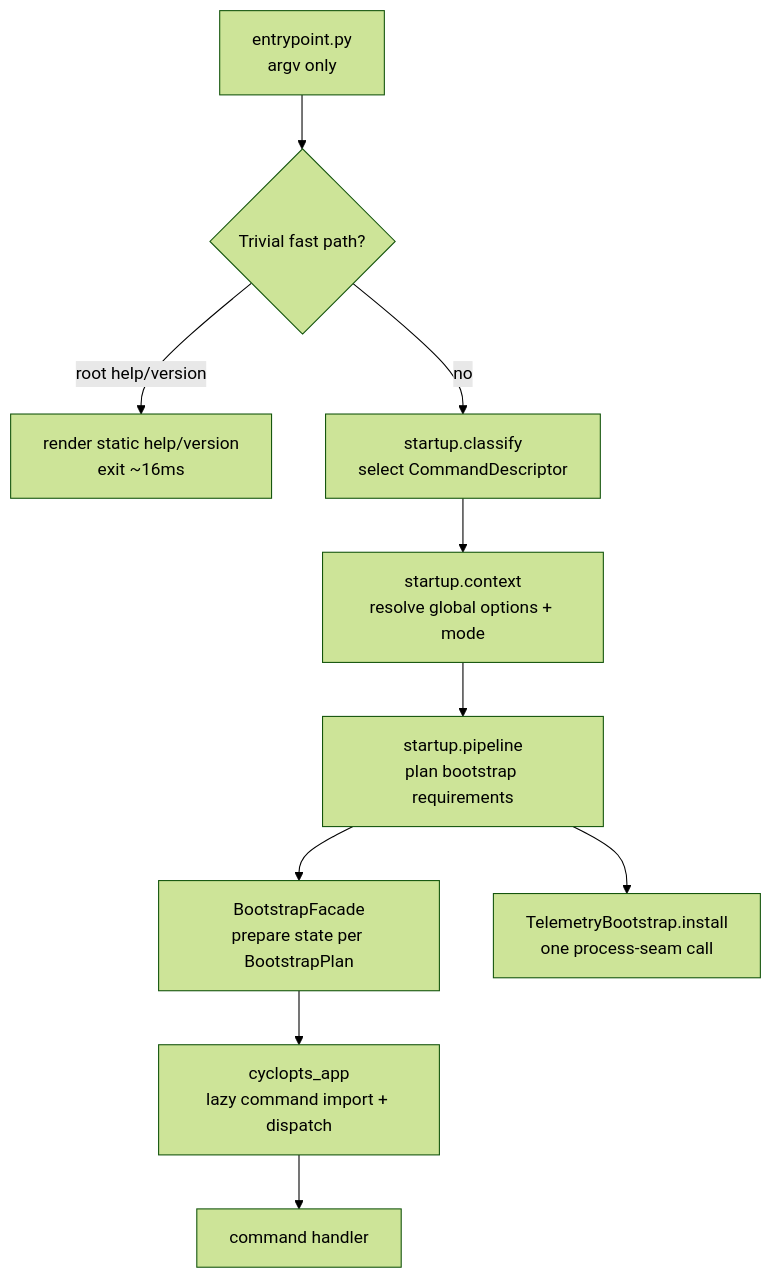
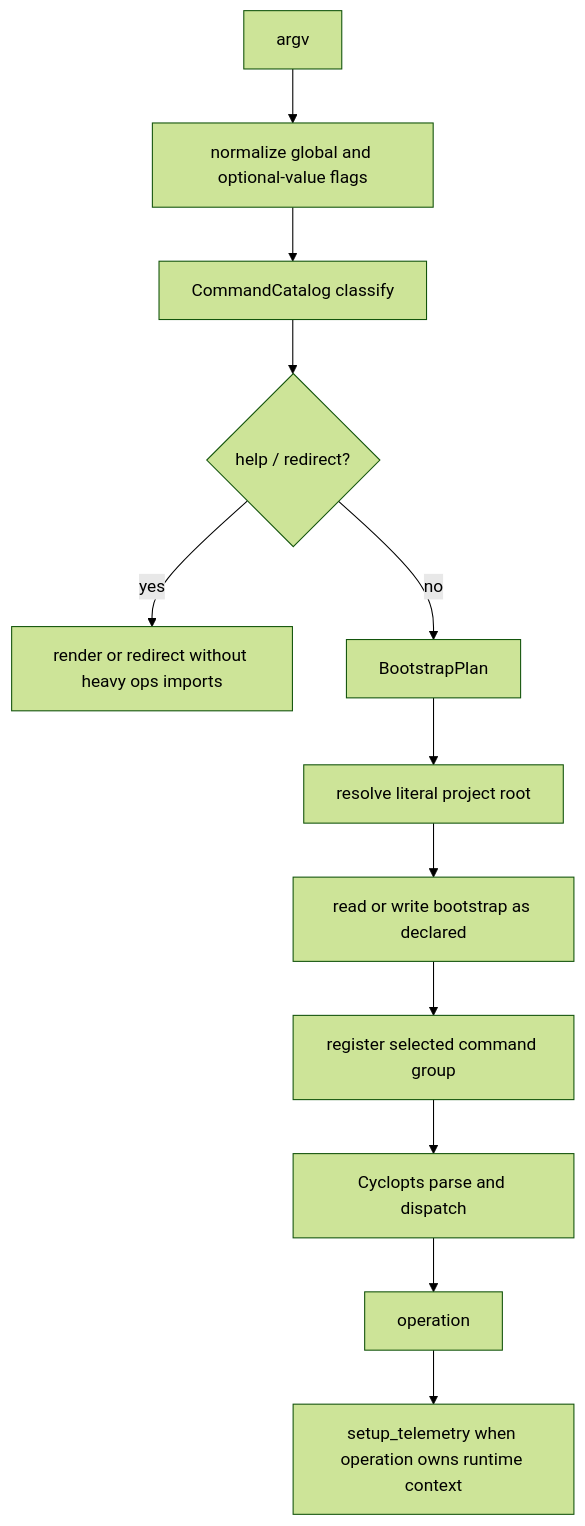
The diagram in kb/architecture/startup-pipeline.md (haowjy/meridian-cli-kb), drawn with Mermaid (forest theme) before and after one commit. The commit also changed other lines of this file and 15 other files, not shown here.

Commit message:
docs: refresh routing harness and startup architecture

````diff
--- a/kb/architecture/startup-pipeline.md
+++ b/kb/architecture/startup-pipeline.md
@@ -24,12 +11,14 @@
 ```mermaid
-flowchart TD
-    A[entrypoint.py\nargv only] --> B{Trivial fast path?}
-    B -- root help/version --> C[render static help/version\nexit ~16ms]
-    B -- no --> D[startup.classify\nselect CommandDescriptor]
-    D --> E[startup.context\nresolve global options + mode]
-    E --> F[startup.pipeline\nplan bootstrap requirements]
-    F --> G[BootstrapFacade\nprepare state per BootstrapPlan]
-    F --> H[TelemetryBootstrap.install\none process-seam call]
-    G --> I[cyclopts_app\nlazy command import + dispatch]
-    I --> J[command handler]
+graph TD
+    A[argv] --> N[normalize global and optional-value flags]
+    N --> C[CommandCatalog classify]
+    C --> H{help / redirect?}
+    H -->|yes| Q[render or redirect without heavy ops imports]
+    H -->|no| B[BootstrapPlan]
+    B --> R[resolve literal project root]
+    R --> S[read or write bootstrap as declared]
+    S --> G[register selected command group]
+    G --> P[Cyclopts parse and dispatch]
+    P --> O[operation]
+    O --> T[setup_telemetry when operation owns runtime context]
 ```
````
